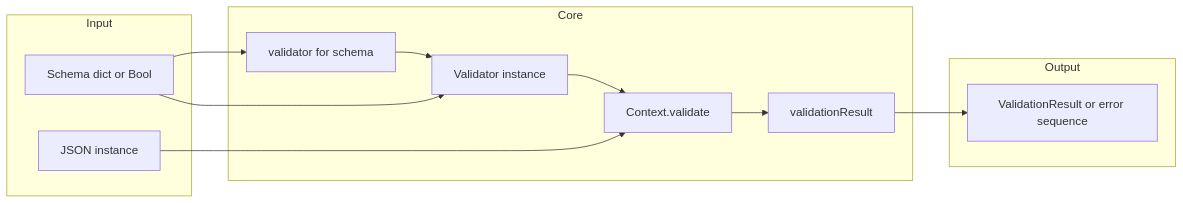
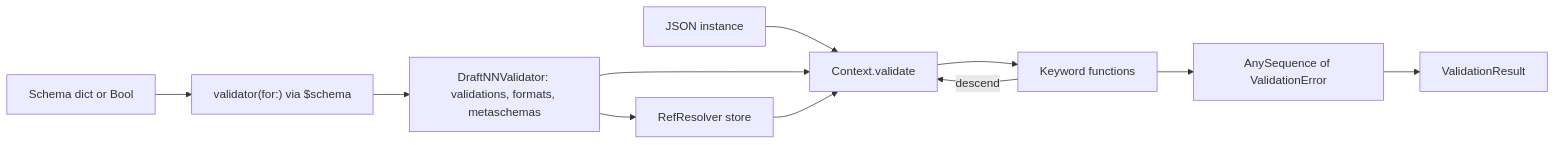
One commit to goddtriffin/json-schema-rs changed the first of 2 diagrams in research/reports/swift/kylef-jsonschema.swift.md. Above: the diagram before and after it, drawn with Mermaid. The commit also changed other lines of this file and 51 other files, not shown here.

````diff
--- a/research/reports/swift/kylef-jsonschema.swift.md
+++ b/research/reports/swift/kylef-jsonschema.swift.md
@@ -93,23 +105,13 @@
 ```mermaid
 flowchart LR
-  subgraph input [Input]
-    Schema[Schema dict or Bool]
-    Instance[JSON instance]
-  end
-  subgraph core [Core]
-    ValidatorFor[validator for schema]
-    ValidatorInst[Validator instance]
-    ContextValidate[Context.validate]
-    ToResult[validationResult]
-    ValidatorFor --> ValidatorInst
-    ValidatorInst --> ContextValidate
-    ContextValidate --> ToResult
-  end
-  subgraph output [Output]
-    Result[ValidationResult or error sequence]
-    ToResult --> Result
-  end
-  Schema --> ValidatorFor
-  Schema --> ValidatorInst
-  Instance --> ContextValidate
+  Schema["Schema dict or Bool"] --> Select["validator(for:) via $schema"]
+  Select --> DraftClass["DraftNNValidator: validations, formats, metaschemas"]
+  DraftClass --> Resolver["RefResolver store"]
+  Instance["JSON instance"] --> Ctx["Context.validate"]
+  DraftClass --> Ctx
+  Resolver --> Ctx
+  Ctx --> Handlers["Keyword functions"]
+  Handlers -->|descend| Ctx
+  Handlers --> Errors["AnySequence of ValidationError"]
+  Errors --> Result["ValidationResult"]
 ```
````
